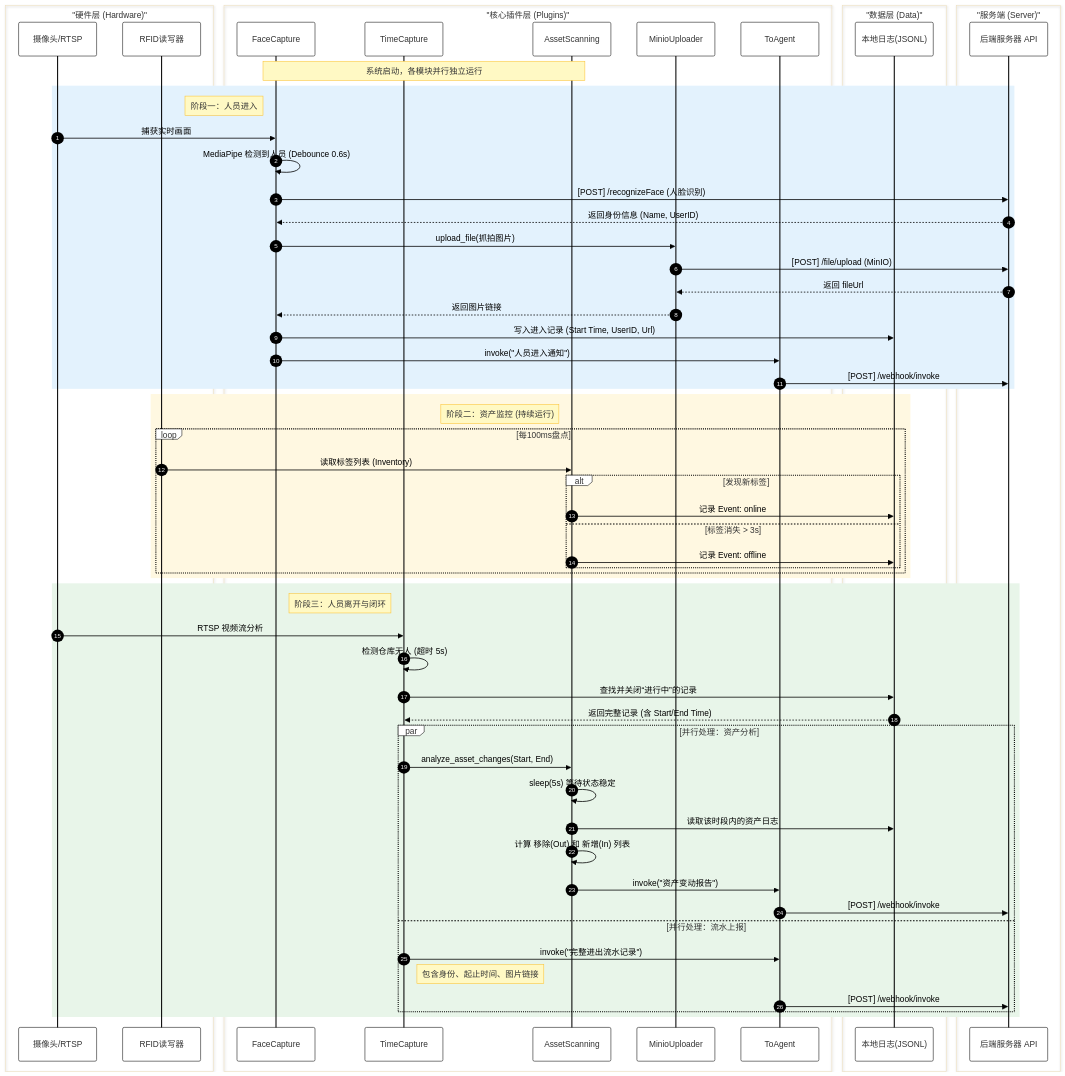
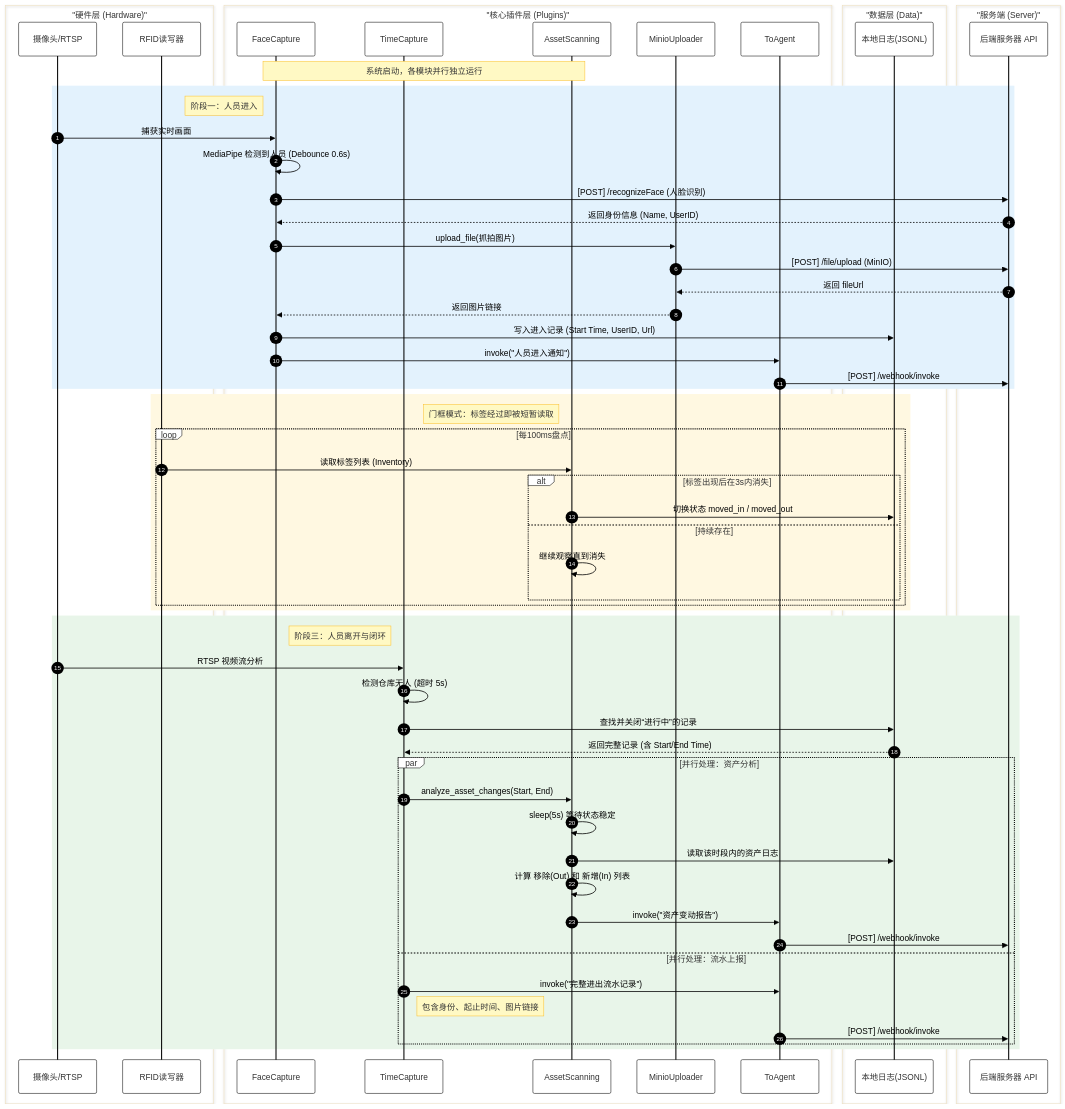
One commit to BorderArea01/warehouse changed the second of 2 diagrams in README.md. Above: the diagram before and after it, drawn with Mermaid. The commit also changed other lines of this file and 4 other files, not shown here.

```diff
--- a/README.md
+++ b/README.md
@@ -134,16 +136,16 @@
     end
 
     %% ============================================================
-    %% 阶段二：资产监控 (Asset Monitoring - Continuous)
+    %% 阶段二：资产监控 (Doorframe Toggle)
     %% ============================================================
     rect rgb(255, 248, 225)
-        Note left of Asset: 阶段二：资产监控 (持续运行)
+        Note left of Asset: 门框模式：标签经过即被短暂读取
         loop 每100ms盘点
             RFID->>Asset: 读取标签列表 (Inventory)
-            alt 发现新标签
-                Asset->>Local: 记录 Event: online
-            else 标签消失 > 3s
-                Asset->>Local: 记录 Event: offline
+            alt 标签出现后在3s内消失
+                Asset->>Local: 切换状态 moved_in / moved_out
+            else 持续存在
+                Asset->>Asset: 继续观察直到消失
             end
         end
     end
```
